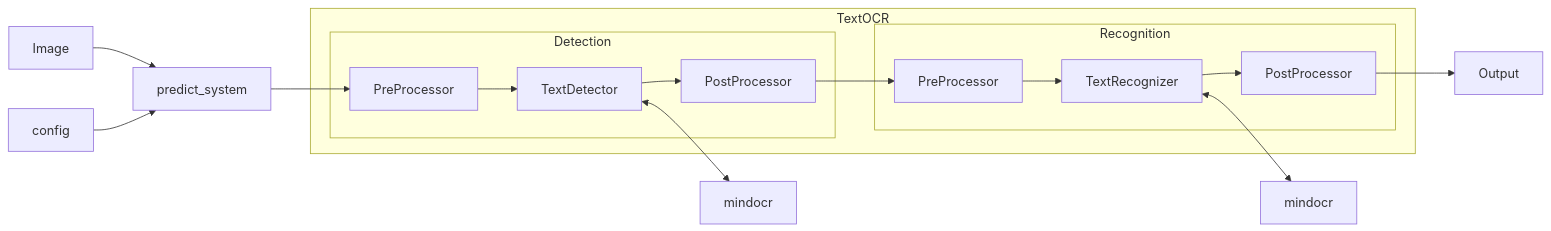
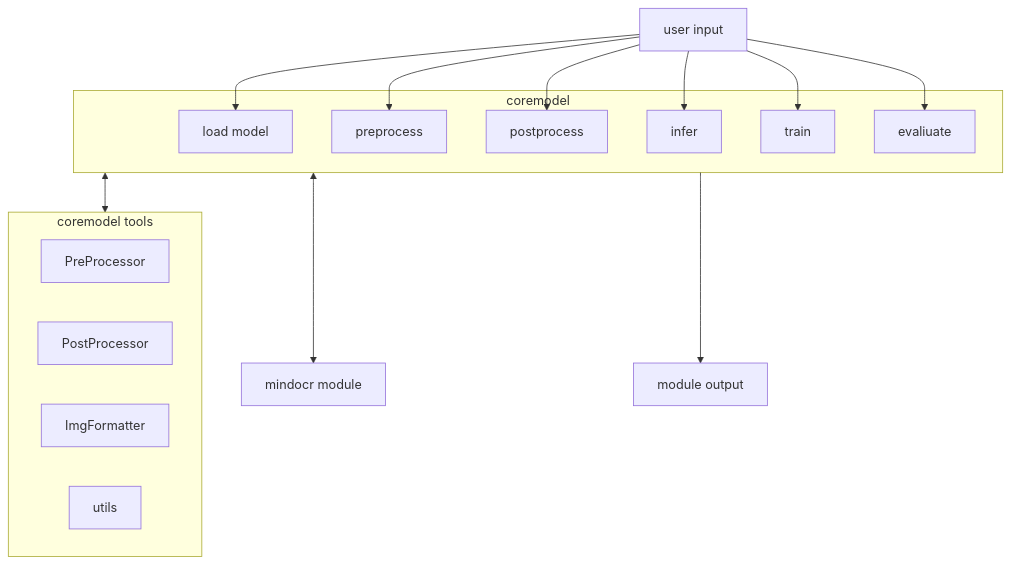
The fourth of 5 diagrams in mindocr/core/CoreModel模块设计说明书.md (zhangjunlongtech/mindocr), drawn with Mermaid before and after one commit. The commit also changed other lines of this file, not shown here.

````diff
--- a/mindocr/core/CoreModel模块设计说明书.md
+++ b/mindocr/core/CoreModel模块设计说明书.md
@@ -258,23 +330,35 @@
 ```mermaid
-graph LR
-    A["Image"] --> B["predict_system"]
-    C["config"] --> B
-    B --> D
-    I --> J["Output"]
-    E <--> K["mindocr"]
-    H <--> L["mindocr"]
-  
-  subgraph TextOCR
-    subgraph Detection
-      D["PreProcessor"] --> E["TextDetector"]
-      E --> F["PostProcessor"]
-    end
+graph TB
+  a[user input]
+  b[module output]
+  c[coremodel tools]
+  d[mindocr module]
+  e[coremodel]
 
-    subgraph Recognition
-      F --> G["PreProcessor"]
-      G --> H["TextRecognizer"]
-      H --> I["PostProcessor"]
-    end
+  subgraph e[coremodel]
+  A[load model]
+  B[preprocess]
+  C[postprocess]
+  D[infer]
+  E[train]
+  F[evaliuate]
   end
 
+  subgraph c[coremodel tools]
+  G[PreProcessor]
+  H[PostProcessor]
+  I[ImgFormatter]
+  J[utils]
+  end
+
+  a --> A
+  a --> B
+  a --> C
+  a --> D
+  a --> E
+  a --> F
+
+  e <--> c
+  e <--> d
+  e -->b
 ```
````
